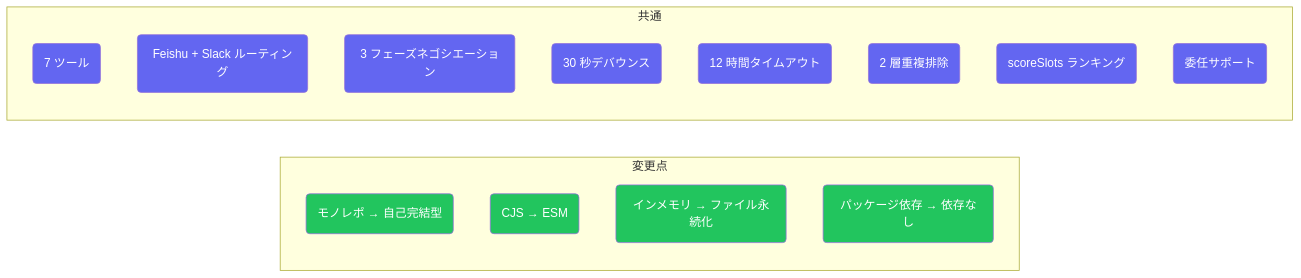
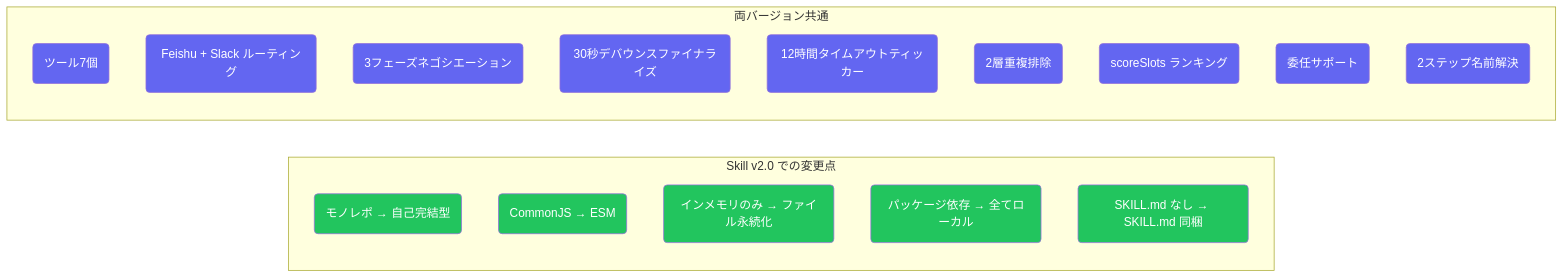
Before and after one commit to javana3/claw_meeting_all: diagram 13 of 13 in README.ja.md, drawn with Mermaid. The commit also changed other lines of this file and 4 other files, not shown here.

First line of the commit message:
docs: rewrite all 5 READMEs with detailed Plugin/Skill flow + diff

````diff
--- a/README.ja.md
+++ b/README.ja.md
@@ -289,33 +469,37 @@
 ```mermaid
 graph LR
-    subgraph "変更点"
+    subgraph "Skill v2.0 での変更点"
         D1(モノレポ → 自己完結型)
-        D2(CJS → ESM)
-        D3(インメモリ → ファイル永続化)
-        D4(パッケージ依存 → 依存なし)
+        D2(CommonJS → ESM)
+        D3(インメモリのみ → ファイル永続化)
+        D4(パッケージ依存 → 全てローカル)
+        D5(SKILL.md なし → SKILL.md 同梱)
     end
 
-    subgraph "共通"
-        S1(7 ツール)
+    subgraph "両バージョン共通"
+        S1(ツール7個)
         S2(Feishu + Slack ルーティング)
-        S3(3 フェーズネゴシエーション)
-        S4(30 秒デバウンス)
-        S5(12 時間タイムアウト)
-        S6(2 層重複排除)
+        S3(3フェーズネゴシエーション)
+        S4(30秒デバウンスファイナライズ)
+        S5(12時間タイムアウトティッカー)
+        S6(2層重複排除)
         S7(scoreSlots ランキング)
         S8(委任サポート)
+        S9(2ステップ名前解決)
     end
 
     style D1 fill:#22c55e,color:#fff
     style D2 fill:#22c55e,color:#fff
     style D3 fill:#22c55e,color:#fff
     style D4 fill:#22c55e,color:#fff
+    style D5 fill:#22c55e,color:#fff
     style S1 fill:#6366f1,color:#fff
     style S2 fill:#6366f1,color:#fff
     style S3 fill:#6366f1,color:#fff
     style S4 fill:#6366f1,color:#fff
     style S5 fill:#6366f1,color:#fff
     style S6 fill:#6366f1,color:#fff
     style S7 fill:#6366f1,color:#fff
     style S8 fill:#6366f1,color:#fff
+    style S9 fill:#6366f1,color:#fff
 ```
````
